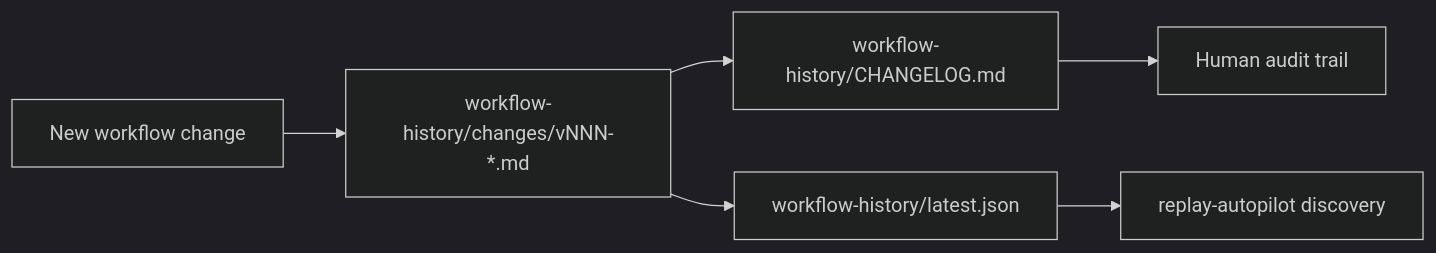
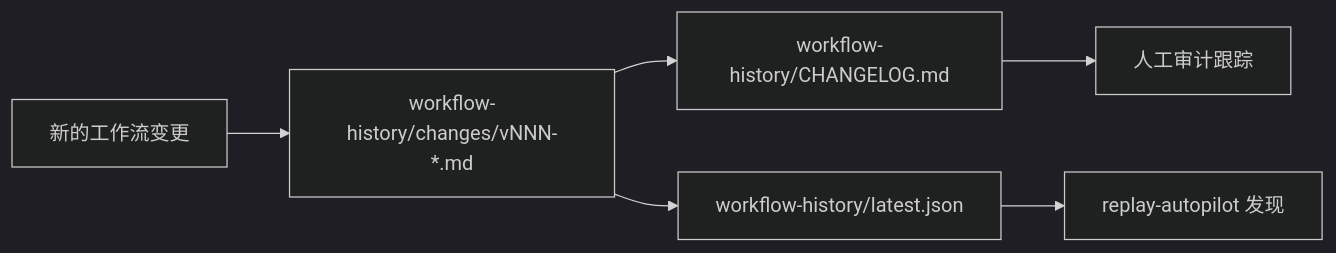
One commit to hxld/ai-workflow-control-kit changed the seventh of 8 diagrams in docs/ARCHITECTURE.md. Above: the diagram before and after it, drawn with Mermaid (dark theme). The commit also changed other lines of this file and 2 other files, not shown here.

First line of the commit message:
📝 docs: add bilingual toggle (zh/en) for ARCHITECTURE.md

````diff
--- a/docs/ARCHITECTURE.md
+++ b/docs/ARCHITECTURE.md
@@ -409,8 +411,8 @@
 ```mermaid
 flowchart LR
-    Change["New workflow change"] --> Record["workflow-history/changes/vNNN-*.md"]
+    Change["新的工作流变更"] --> Record["workflow-history/changes/vNNN-*.md"]
     Record --> Changelog["workflow-history/CHANGELOG.md"]
     Record --> Latest["workflow-history/latest.json"]
-    Latest --> Replay["replay-autopilot discovery"]
-    Changelog --> Human["Human audit trail"]
+    Latest --> Replay["replay-autopilot 发现"]
+    Changelog --> Human["人工审计跟踪"]
 ```
````
